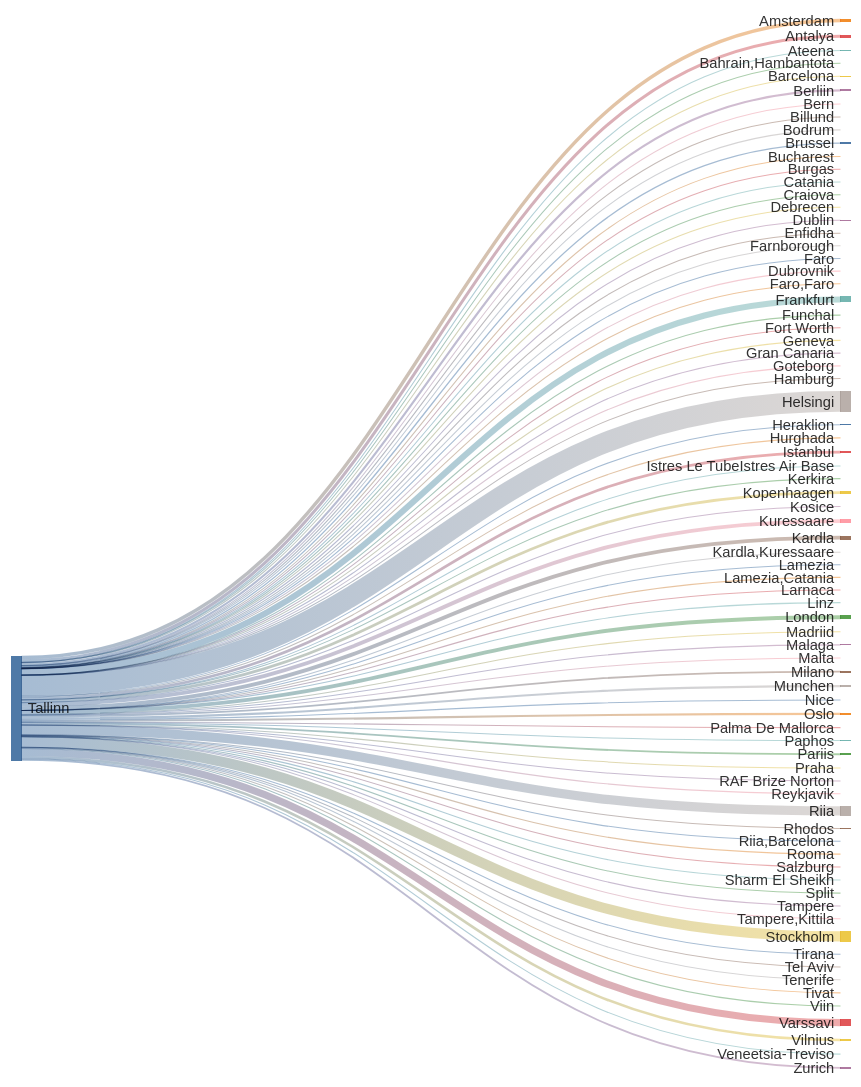
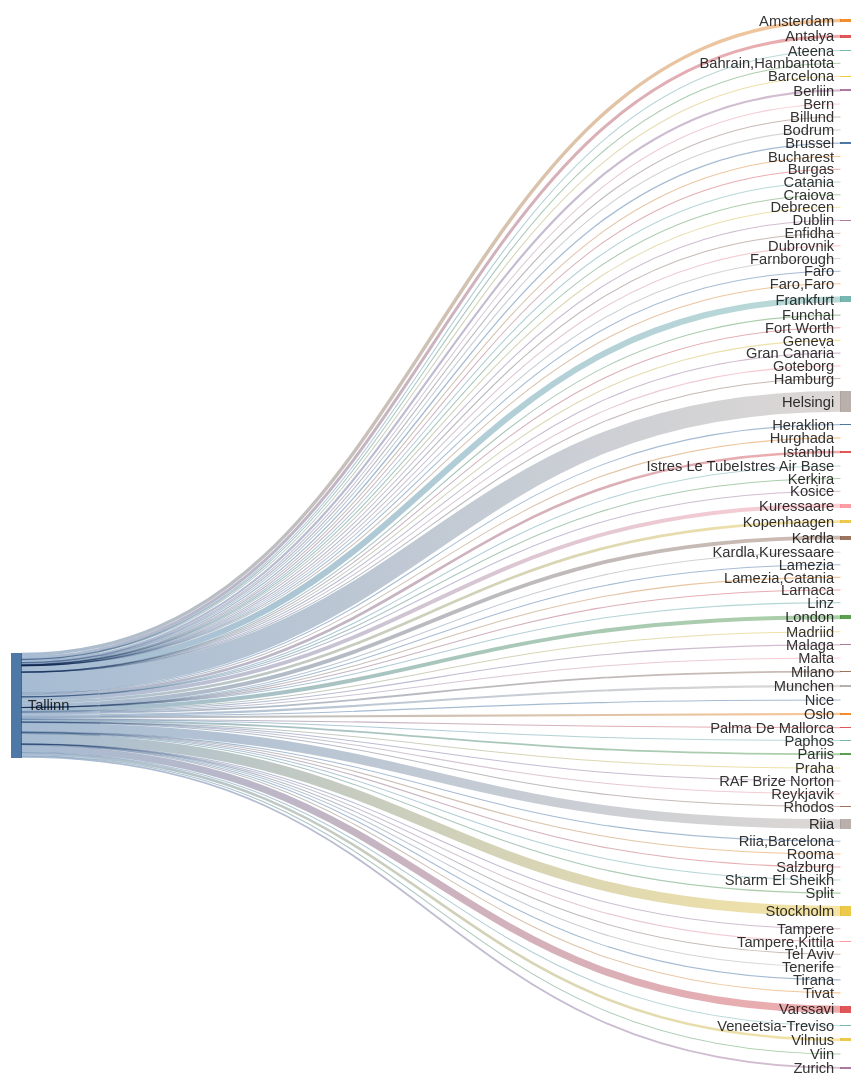
One commit to rainermesi/tll-airport-departures changed the second of 2 diagrams in README.md. Above: the diagram before and after it, drawn with Mermaid. The commit also changed other lines of this file and 1 other file, not shown here.

````diff
--- a/README.md
+++ b/README.md
@@ -41,16 +41,16 @@
 ---
 sankey-beta
 %% source,target,value
-Tallinn,Amsterdam,525
-Tallinn,Antalya,465
+Tallinn,Amsterdam,527
+Tallinn,Antalya,466
 Tallinn,Ateena,16
 Tallinn,"Bahrain,Hambantota",1
 Tallinn,Barcelona,147
-Tallinn,Berliin,330
+Tallinn,Berliin,332
 Tallinn,Bern,1
 Tallinn,Billund,83
 Tallinn,Bodrum,11
-Tallinn,Brussel,202
+Tallinn,Brussel,203
 Tallinn,Bucharest,1
 Tallinn,Burgas,67
 Tallinn,Catania,2
@@ -63,60 +63,60 @@
 Tallinn,Faro,4
 Tallinn,"Faro,Faro",1
 Tallinn,Fort Worth,1
-Tallinn,Frankfurt,937
+Tallinn,Frankfurt,940
 Tallinn,Funchal,5
 Tallinn,Geneva,13
 Tallinn,Gran Canaria,38
 Tallinn,Goteborg,2
 Tallinn,Hamburg,2
-Tallinn,Helsingi,3157
+Tallinn,Helsingi,3165
 Tallinn,Heraklion,112
 Tallinn,Hurghada,75
-Tallinn,Istanbul,409
+Tallinn,Istanbul,411
 Tallinn,Istres Le TubeIstres Air Base,2
 Tallinn,Kerkira,4
-Tallinn,Kopenhaagen,420
+Tallinn,Kopenhaagen,423
 Tallinn,Kosice,1
-Tallinn,Kuressaare,596
-Tallinn,Kardla,598
+Tallinn,Kuressaare,598
+Tallinn,Kardla,600
 Tallinn,"Kardla,Kuressaare",1
 Tallinn,Lamezia,1
 Tallinn,"Lamezia,Catania",3
 Tallinn,Larnaca,4
 Tallinn,Linz,2
-Tallinn,London,611
+Tallinn,London,612
 Tallinn,Madriid,4
 Tallinn,Malaga,128
 Tallinn,Malta,32
 Tallinn,Milano,278
-Tallinn,Munchen,328
+Tallinn,Munchen,330
 Tallinn,Nice,58
-Tallinn,Oslo,318
+Tallinn,Oslo,319
 Tallinn,Palma De Mallorca,36
 Tallinn,Paphos,66
-Tallinn,Pariis,278
+Tallinn,Pariis,280
 Tallinn,Praha,93
 Tallinn,RAF Brize Norton,1
 Tallinn,Reykjavik,20
-Tallinn,Rhodos,65
-Tallinn,Riia,1422
+Tallinn,Rhodos,66
+Tallinn,Riia,1426
 Tallinn,"Riia,Barcelona",1
 Tallinn,Rooma,80
 Tallinn,Salzburg,14
 Tallinn,Sharm El Sheikh,105
 Tallinn,Split,59
-Tallinn,Stockholm,1565
+Tallinn,Stockholm,1570
 Tallinn,Tampere,17
 Tallinn,"Tampere,Kittila",21
 Tallinn,Tel Aviv,2
 Tallinn,Tenerife,58
-Tallinn,Tirana,39
-Tallinn,Tivat,75
-Tallinn,Varssavi,1090
+Tallinn,Tirana,40
+Tallinn,Tivat,76
+Tallinn,Varssavi,1093
 Tallinn,Veneetsia-Treviso,67
 Tallinn,Viin,106
-Tallinn,Vilnius,395
-Tallinn,Zurich,282
+Tallinn,Vilnius,397
+Tallinn,Zurich,283
 
 
 ```
````
